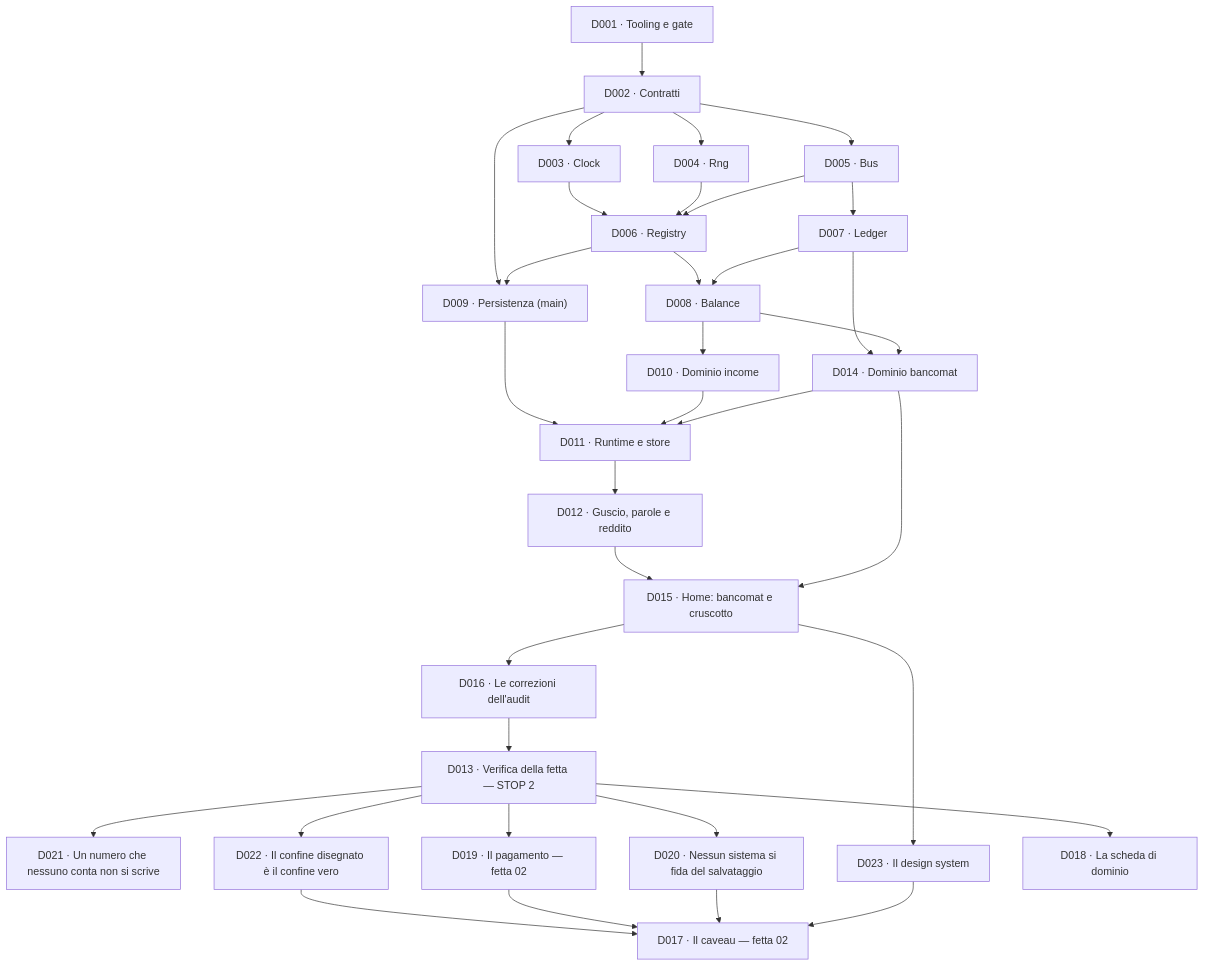
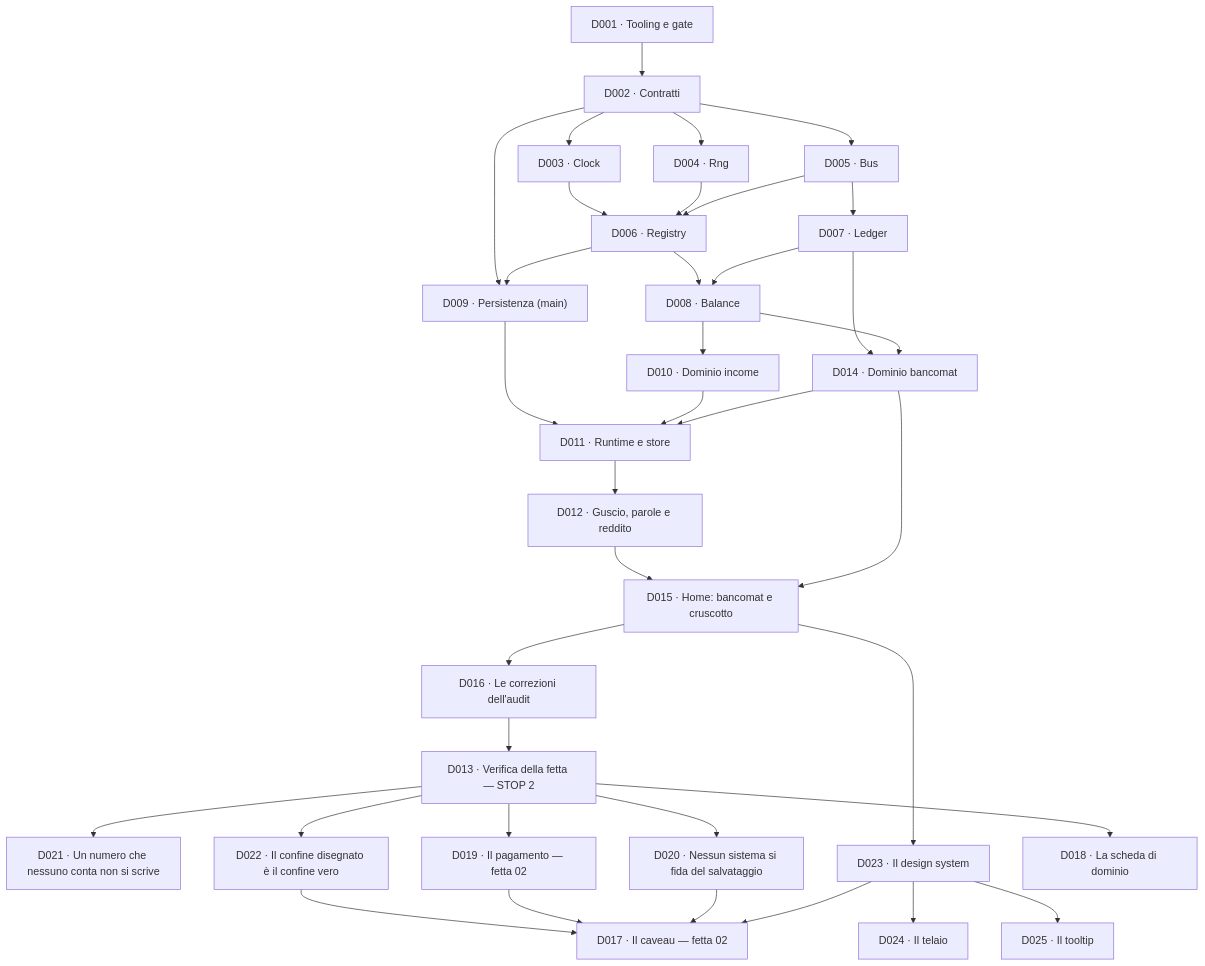
Before and after one commit to devfrx/solvent: the diagram in docs/delega/README.md, drawn with Mermaid. The commit also changed other lines of this file and 34 other files, not shown here.

````diff
--- a/docs/delega/README.md
+++ b/docs/delega/README.md
@@ -74,36 +74,38 @@
 ```mermaid
 flowchart TD
   D001["D001 · Tooling e gate"] --> D002["D002 · Contratti"]
   D002 --> D003["D003 · Clock"]
   D002 --> D004["D004 · Rng"]
   D002 --> D005["D005 · Bus"]
   D003 --> D006["D006 · Registry"]
   D004 --> D006
   D005 --> D006
   D005 --> D007["D007 · Ledger"]
   D006 --> D008["D008 · Balance"]
   D007 --> D008
   D002 --> D009["D009 · Persistenza (main)"]
   D006 --> D009
   D008 --> D010["D010 · Dominio income"]
   D007 --> D014["D014 · Dominio bancomat"]
   D008 --> D014
   D009 --> D011["D011 · Runtime e store"]
   D010 --> D011
   D014 --> D011
   D011 --> D012["D012 · Guscio, parole e reddito"]
   D012 --> D015["D015 · Home: bancomat e cruscotto"]
   D014 --> D015
   D015 --> D016["D016 · Le correzioni dell'audit"]
   D016 --> D013["D013 · Verifica della fetta — STOP 2"]
   D013 --> D021["D021 · Un numero che nessuno conta non si scrive"]
   D013 --> D022["D022 · Il confine disegnato è il confine vero"]
   D022 --> D017
   D013 --> D019["D019 · Il pagamento — fetta 02"]
   D013 --> D020["D020 · Nessun sistema si fida del salvataggio"]
   D015 --> D023["D023 · Il design system"]
   D019 --> D017["D017 · Il caveau — fetta 02"]
   D020 --> D017
   D023 --> D017
   D013 --> D018["D018 · La scheda di dominio"]
+  D023 --> D024["D024 · Il telaio"]
+  D023 --> D025["D025 · Il tooltip"]
 ```
````
